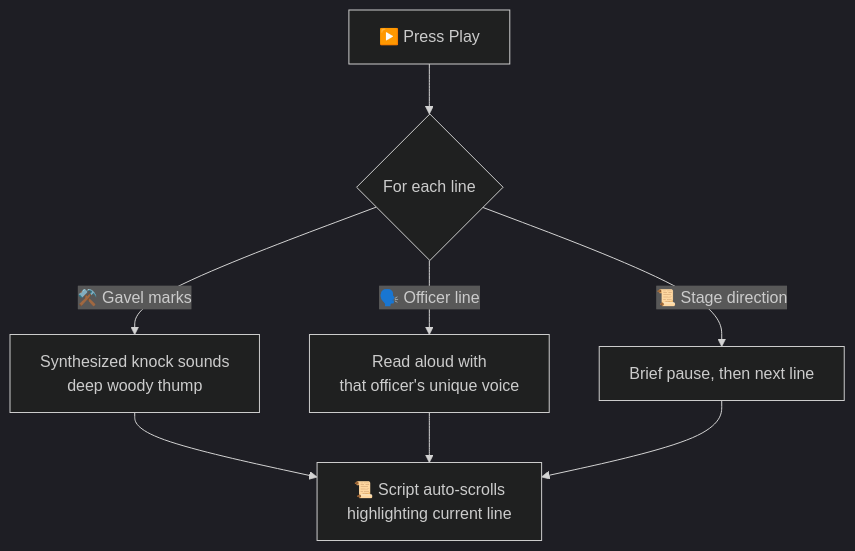
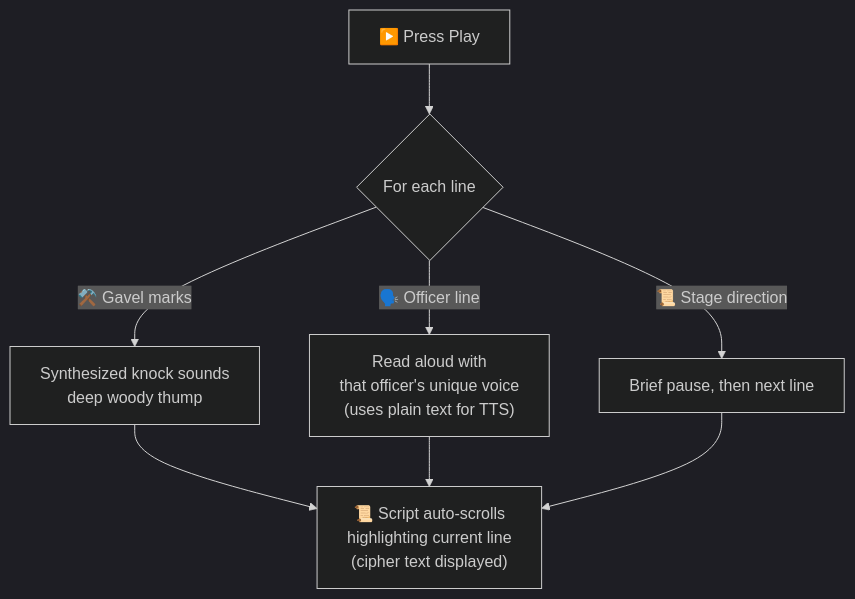
Before and after one commit to mcleods777/Masonic-Ritual-AI-Mentor: the fifth of 9 diagrams in README.md, drawn with Mermaid (dark theme). The commit also changed other lines of this file and 4 other files, not shown here.

First line of the commit message:
Update docs for .mram format, fix cipher text display in Listen/Rehearsal modes

````diff
--- a/README.md
+++ b/README.md
@@ -75,10 +130,10 @@
 ```mermaid
 flowchart TB
     Play["▶️ Press Play"] --> Loop{"For each line"}
     Loop -->|"⚒️ Gavel marks"| Knock["Synthesized knock sounds\ndeep woody thump"]
-    Loop -->|"🗣️ Officer line"| Voice["Read aloud with\nthat officer's unique voice"]
+    Loop -->|"🗣️ Officer line"| Voice["Read aloud with\nthat officer's unique voice\n(uses plain text for TTS)"]
     Loop -->|"📜 Stage direction"| Pause["Brief pause, then next line"]
-    Knock --> Scroll["📜 Script auto-scrolls\nhighlighting current line"]
+    Knock --> Scroll["📜 Script auto-scrolls\nhighlighting current line\n(cipher text displayed)"]
     Voice --> Scroll
     Pause --> Scroll
 ```
````
